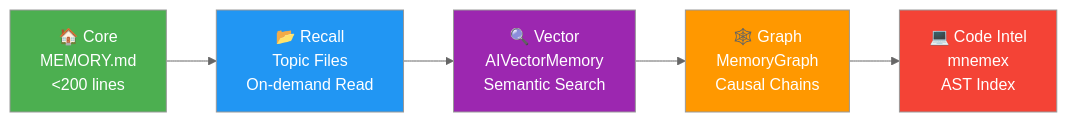
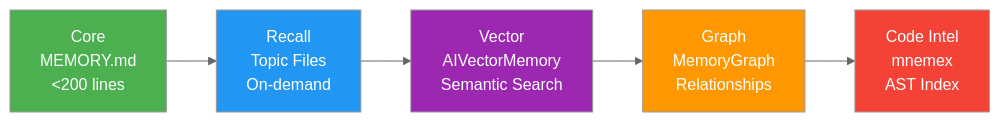
The diagram in README.md (qiuxinyuan321/endurance-plan), drawn with Mermaid (neutral theme) before and after one commit. The commit also changed other lines of this file and 17 other files, not shown here.

````diff
--- a/README.md
+++ b/README.md
@@ -184,13 +156,13 @@
 ```mermaid
 graph LR
-    A["🏠 Core<br/>MEMORY.md<br/><200 lines"] --> B["📂 Recall<br/>Topic Files<br/>On-demand Read"]
-    B --> C["🔍 Vector<br/>AIVectorMemory<br/>Semantic Search"]
-    C --> D["🕸️ Graph<br/>MemoryGraph<br/>Causal Chains"]
-    D --> E["💻 Code Intel<br/>mnemex<br/>AST Index"]
+    A["Core<br/>MEMORY.md<br/><200 lines"] --> B["Recall<br/>Topic Files<br/>On-demand"]
+    B --> C["Vector<br/>AIVectorMemory<br/>Semantic Search"]
+    C --> D["Graph<br/>MemoryGraph<br/>Relationships"]
+    D --> E["Code Intel<br/>mnemex<br/>AST Index"]
 
     style A fill:#4CAF50,color:#fff
     style B fill:#2196F3,color:#fff
     style C fill:#9C27B0,color:#fff
     style D fill:#FF9800,color:#fff
     style E fill:#F44336,color:#fff
 ```
````
